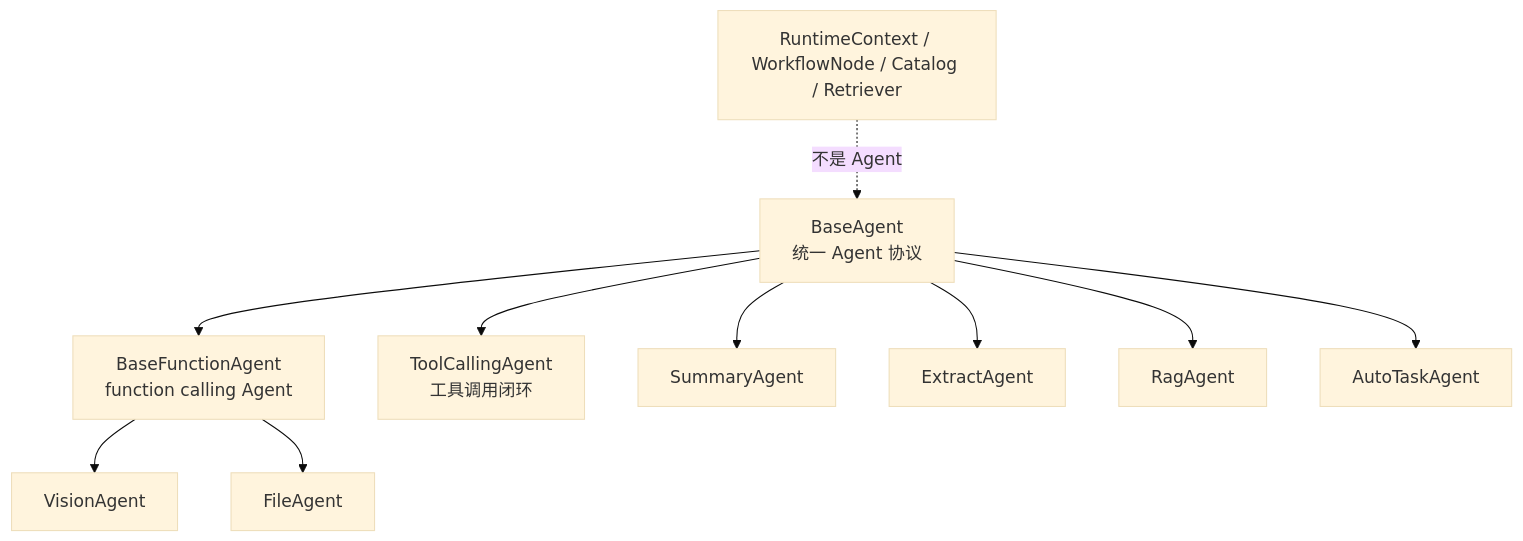
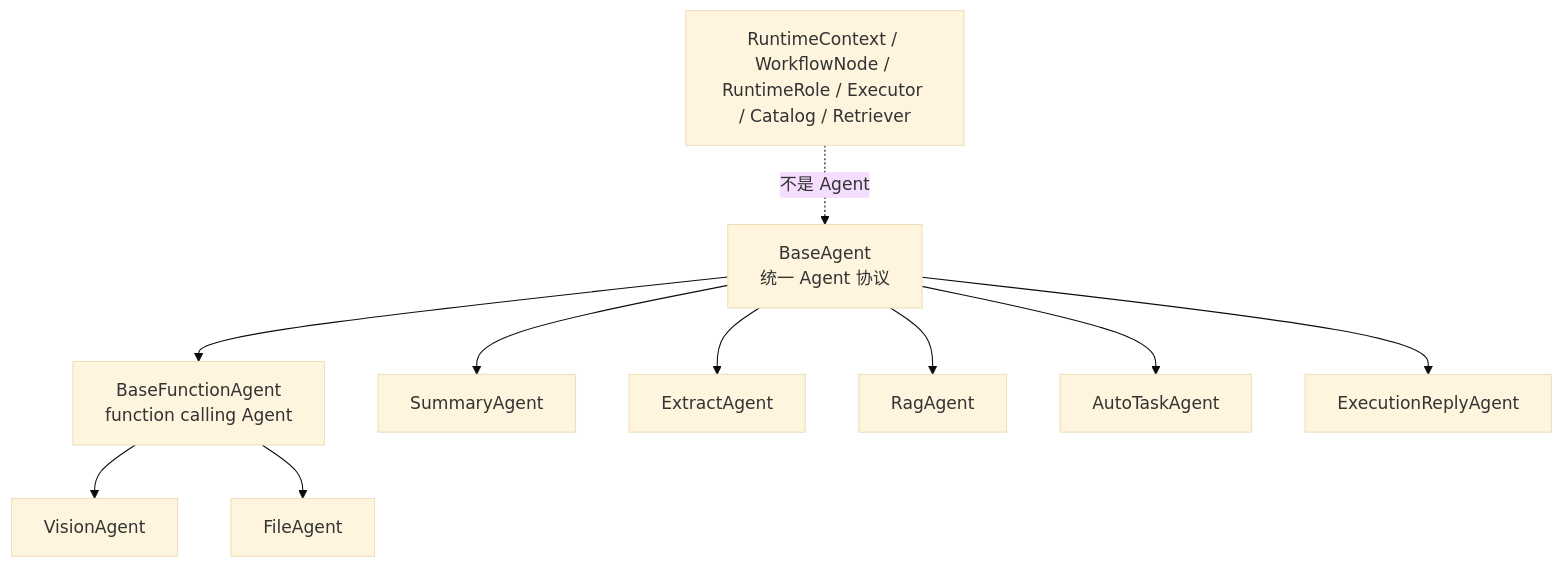
One commit to ClassRobot/ClassRobot changed the first of 2 diagrams in docs/guides/agent-inheritance.md. Above: the diagram before and after it, drawn with Mermaid (base theme). The commit also changed other lines of this file and 48 other files, not shown here.

Commit message:
refactor: unify agent roles and command execution

````diff
--- a/docs/guides/agent-inheritance.md
+++ b/docs/guides/agent-inheritance.md
@@ -29,13 +31,13 @@
 ```mermaid
 flowchart TD
     Base["BaseAgent\n统一 Agent 协议"] --> Function["BaseFunctionAgent\nfunction calling Agent"]
-    Base --> ToolCalling["ToolCallingAgent\n工具调用闭环"]
     Base --> Summary["SummaryAgent"]
     Base --> Extract["ExtractAgent"]
     Base --> Rag["RagAgent"]
     Base --> AutoTask["AutoTaskAgent"]
+    Base --> Reply["ExecutionReplyAgent"]
     Function --> Vision["VisionAgent"]
     Function --> File["FileAgent"]
 
-    Runtime["RuntimeContext / WorkflowNode / Catalog / Retriever"] -. "不是 Agent" .-> Base
+    Runtime["RuntimeContext / WorkflowNode / RuntimeRole / Executor / Catalog / Retriever"] -. "不是 Agent" .-> Base
 ```
````
